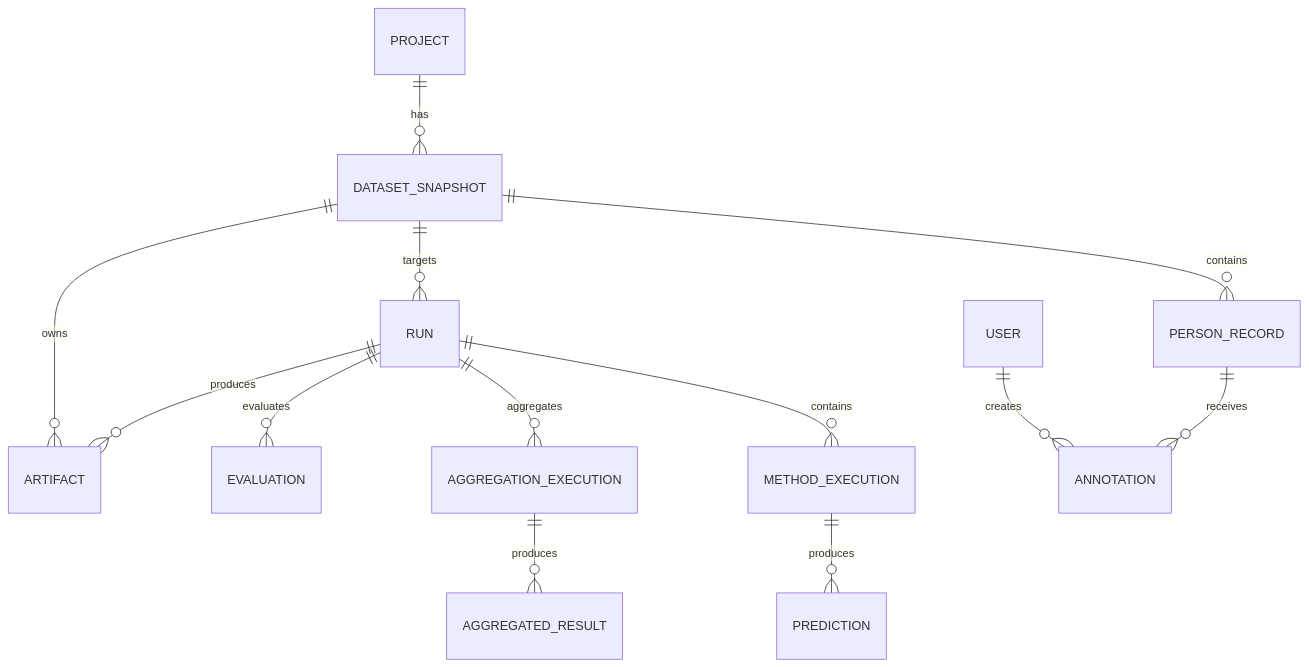
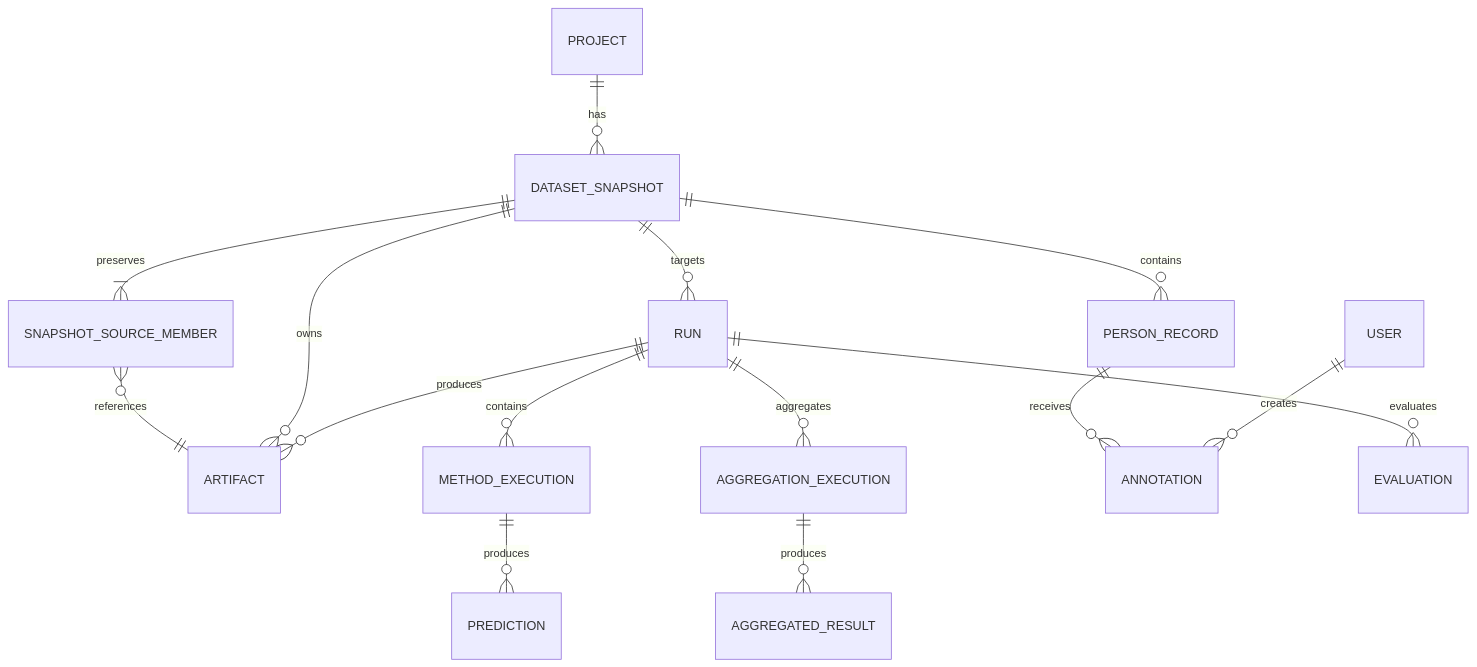
The diagram in docs/02-domain-model.md (telota/gendertagger), drawn with Mermaid before and after one commit. The commit also changed other lines of this file and 88 other files, not shown here.

````diff
--- a/docs/02-domain-model.md
+++ b/docs/02-domain-model.md
@@ -27,15 +27,17 @@
 ```mermaid
 erDiagram
     PROJECT ||--o{ DATASET_SNAPSHOT : has
+    DATASET_SNAPSHOT ||--|{ SNAPSHOT_SOURCE_MEMBER : preserves
+    SNAPSHOT_SOURCE_MEMBER }o--|| ARTIFACT : references
     DATASET_SNAPSHOT ||--o{ PERSON_RECORD : contains
     DATASET_SNAPSHOT ||--o{ RUN : targets
     RUN ||--o{ METHOD_EXECUTION : contains
     METHOD_EXECUTION ||--o{ PREDICTION : produces
     RUN ||--o{ AGGREGATION_EXECUTION : aggregates
     AGGREGATION_EXECUTION ||--o{ AGGREGATED_RESULT : produces
     PERSON_RECORD ||--o{ ANNOTATION : receives
     USER ||--o{ ANNOTATION : creates
     RUN ||--o{ EVALUATION : evaluates
     DATASET_SNAPSHOT ||--o{ ARTIFACT : owns
     RUN ||--o{ ARTIFACT : produces
 ```
````
